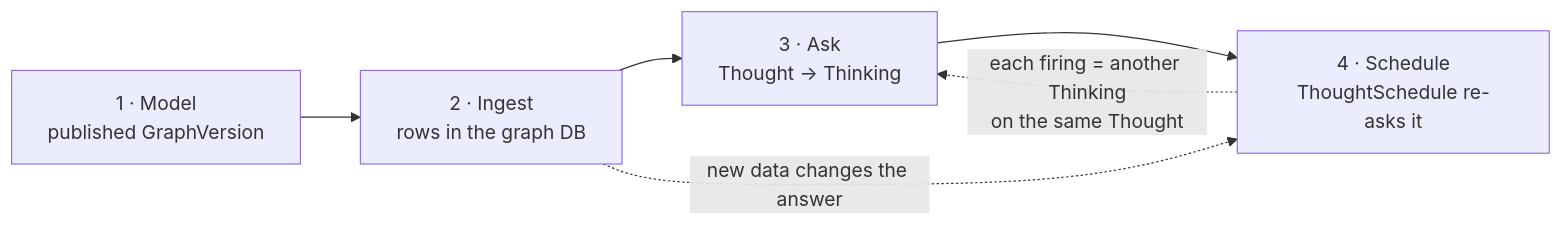
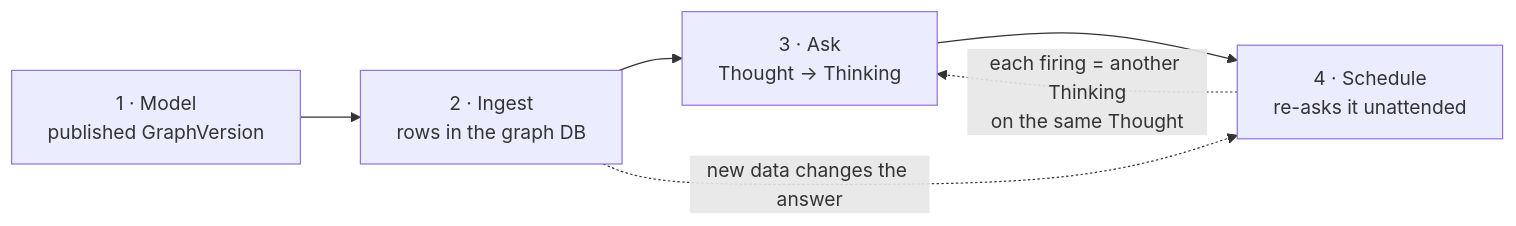
One commit to invana/invana changed the fourth of 4 diagrams in docs/internal/mvp/engine.md. Above: the diagram before and after it, drawn with Mermaid. The commit also changed other lines of this file and 5 other files, not shown here.

````diff
--- a/docs/internal/mvp/engine.md
+++ b/docs/internal/mvp/engine.md
@@ -408,8 +446,8 @@
 ```mermaid
 flowchart LR
     M["1 · Model<br/>published GraphVersion"] --> I["2 · Ingest<br/>rows in the graph DB"]
     I --> A["3 · Ask<br/>Thought → Thinking"]
-    A --> S["4 · Schedule<br/>ThoughtSchedule re-asks it"]
+    A --> S["4 · Schedule<br/>re-asks it unattended"]
     S -.->|"each firing = another Thinking<br/>on the same Thought"| A
     I -.->|"new data changes the answer"| S
 ```
````
